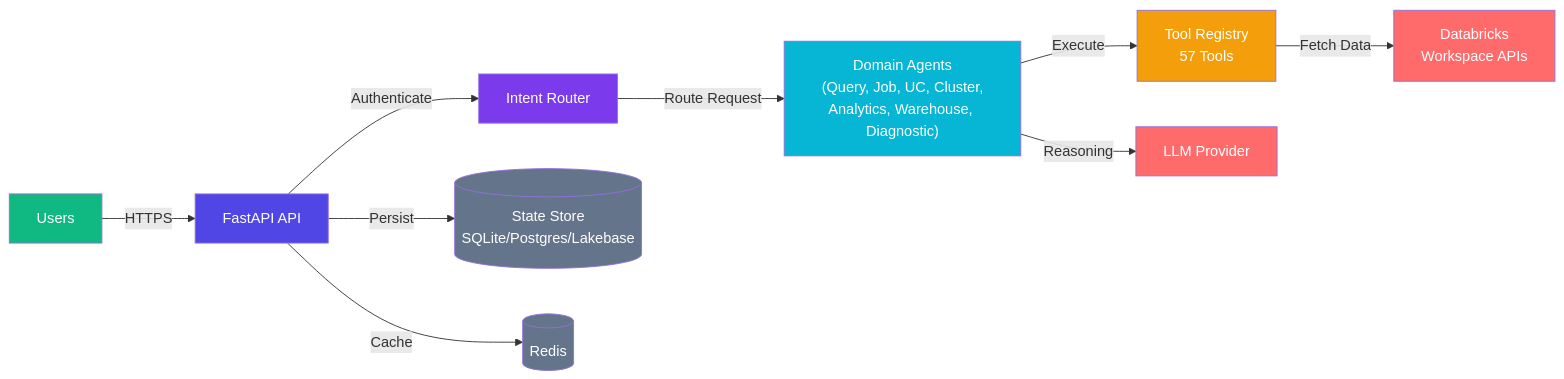
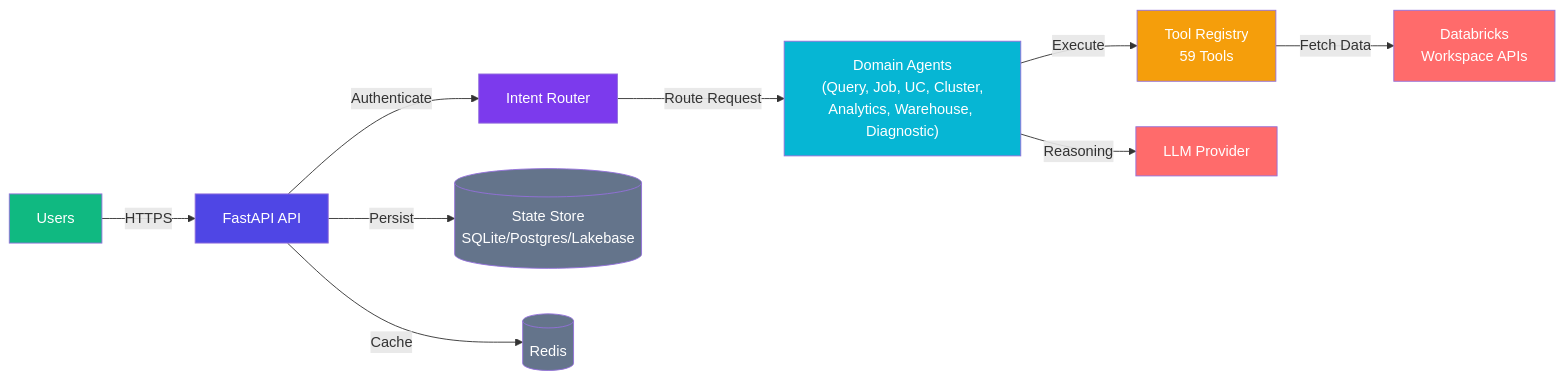
The diagram in docs/diagrams/source/architecture/system-overview-enhanced.mmd (bluewatersql/starboard), drawn with Mermaid before and after one commit. The commit also changed 29 other files, not shown here.

```diff
--- a/docs/diagrams/source/architecture/system-overview-enhanced.mmd
+++ b/docs/diagrams/source/architecture/system-overview-enhanced.mmd
@@ -1,35 +1,35 @@
 %%{init: {'theme':'default', 'themeVariables': {'fontSize':'16px'}}}%%
 
 graph LR
     %% User Layer
     User[Users] -->|HTTPS| API[FastAPI API]
     
     %% API to Routing
     API -->|Authenticate| Router[Intent Router]
     
     %% Router to Agents
     Router -->|Route Request| Agents["Domain Agents<br/>(Query, Job, UC, Cluster,<br/>Analytics, Warehouse, Diagnostic)"]
     
     %% Agents to Tools
-    Agents -->|Execute| Tools[Tool Registry<br/>57 Tools]
+    Agents -->|Execute| Tools[Tool Registry<br/>59 Tools]
     
     %% Agents to LLM
     Agents -->|Reasoning| LLM[LLM Provider]
     
     %% Tools to Services
     Tools -->|Fetch Data| Databricks[Databricks<br/>Workspace APIs]
     
     %% State Management
     API -->|Persist| State[(State Store<br/>SQLite/Postgres/Lakebase)]
     API -->|Cache| Redis[(Redis)]
     
     %% Styling
     style User fill:#10b981,color:#fff
     style API fill:#4f46e5,color:#fff
     style Router fill:#7c3aed,color:#fff
     style Agents fill:#06b6d4,color:#fff
     style Tools fill:#f59e0b,color:#fff
     style LLM fill:#ff6b6b,color:#fff
     style Databricks fill:#ff6b6b,color:#fff
     style State fill:#64748b,color:#fff
     style Redis fill:#64748b,color:#fff
```
